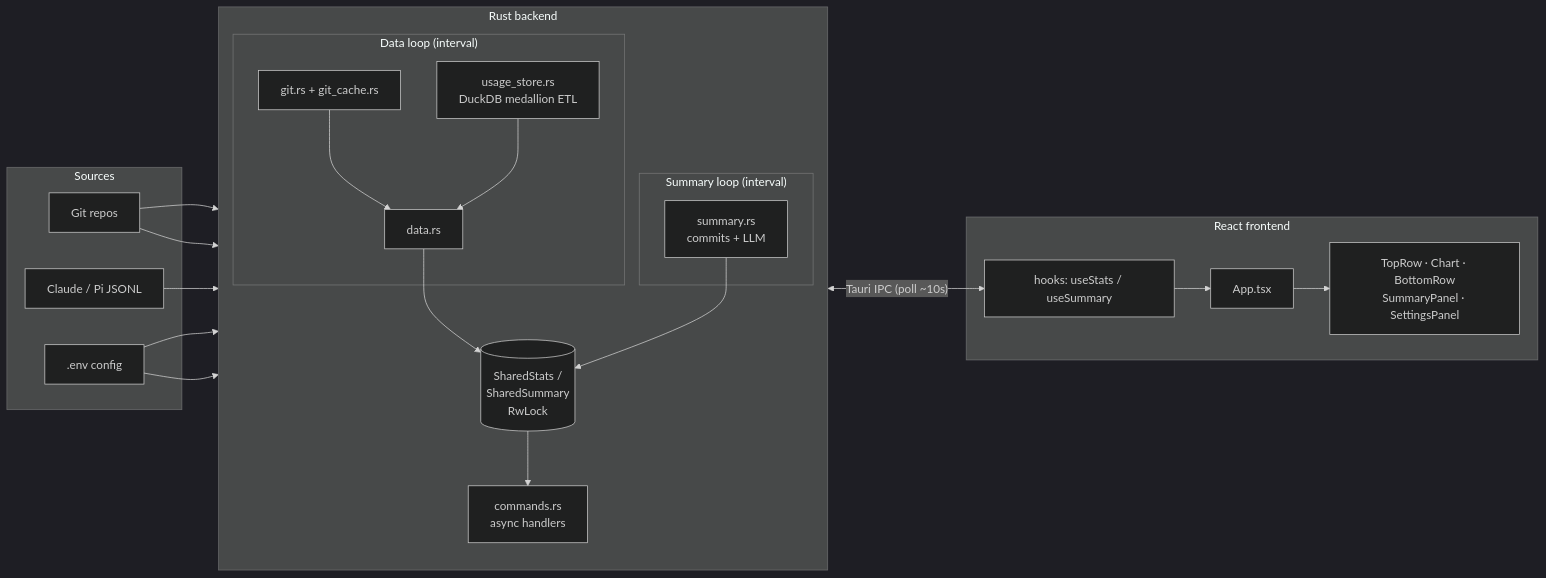
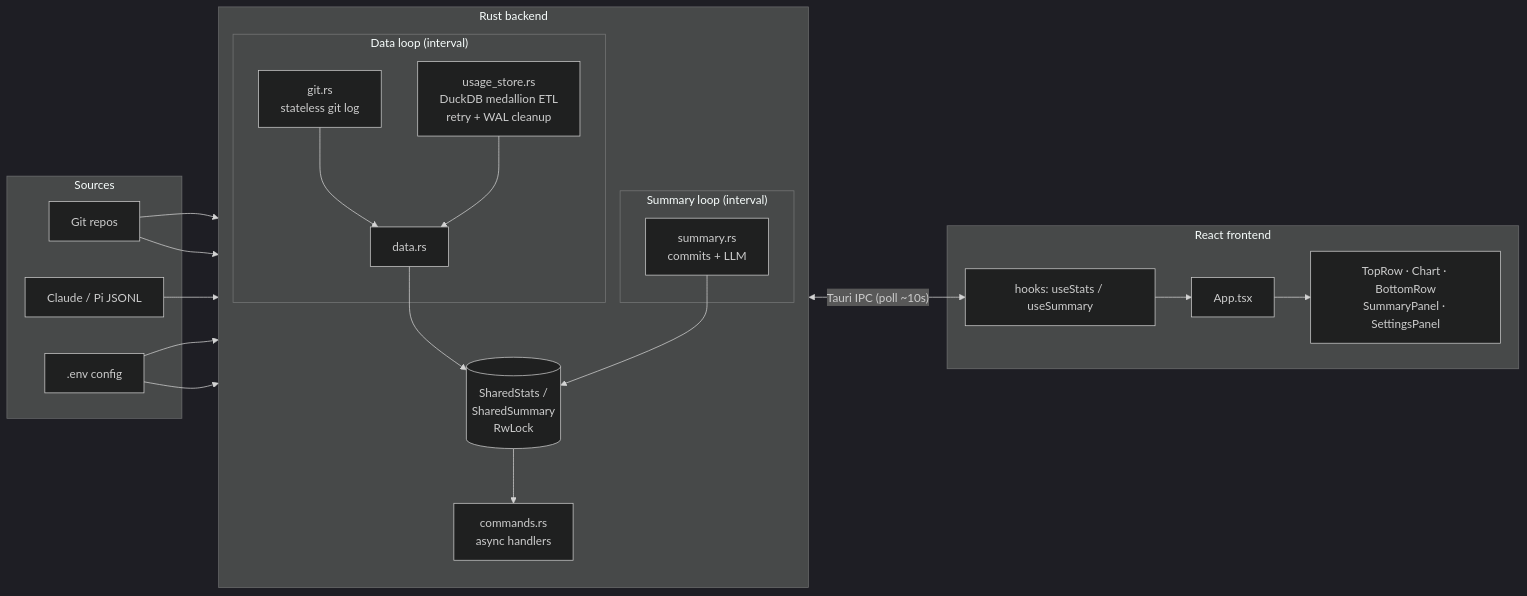
The diagram in README.md (evanokeefe39/loc-dock), drawn with Mermaid (dark theme) before and after one commit. The commit also changed other lines of this file and 2 other files, not shown here.

````diff
--- a/README.md
+++ b/README.md
@@ -129,39 +132,39 @@
 ```mermaid
 flowchart LR
     subgraph Sources
         GIT[Git repos]
         JSONL[Claude / Pi JSONL]
         ENV[.env config]
     end
 
     subgraph "Rust backend"
         direction TB
         subgraph "Data loop (interval)"
-            git[git.rs + git_cache.rs]
-            usage[usage_store.rs<br/>DuckDB medallion ETL]
+            git[git.rs<br/>stateless git log]
+            usage[usage_store.rs<br/>DuckDB medallion ETL<br/>retry + WAL cleanup]
             data[data.rs]
         end
         subgraph "Summary loop (interval)"
             summary[summary.rs<br/>commits + LLM]
         end
         STATE[(SharedStats /<br/>SharedSummary<br/>RwLock)]
         commands[commands.rs<br/>async handlers]
     end
 
     subgraph "React frontend"
         hooks[hooks: useStats / useSummary]
         App[App.tsx]
         ui[TopRow · Chart · BottomRow<br/>SummaryPanel · SettingsPanel]
     end
 
     GIT --> git --> data
     JSONL --> usage --> data
     ENV --> data & summary
     GIT --> summary
 
     data --> STATE
     summary --> STATE
     STATE --> commands
     commands <-- "Tauri IPC (poll ~10s)" --> hooks
     hooks --> App --> ui
 ```
````
